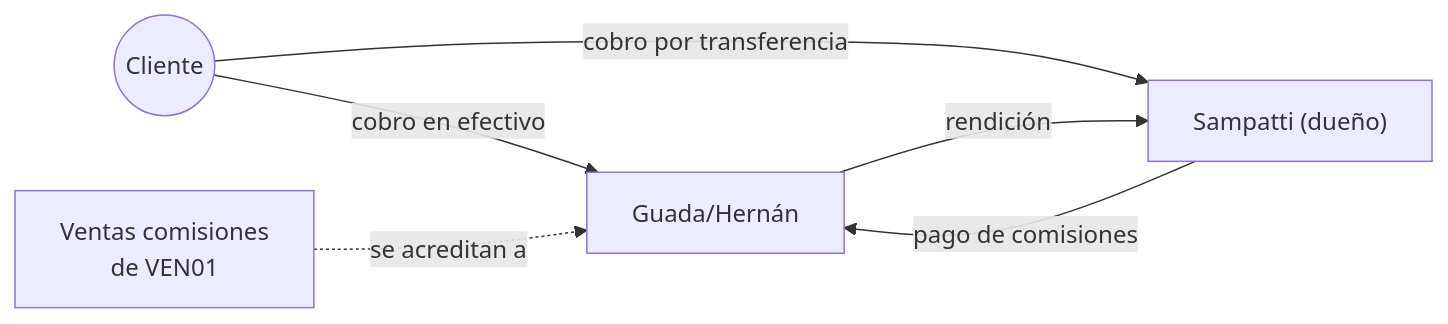
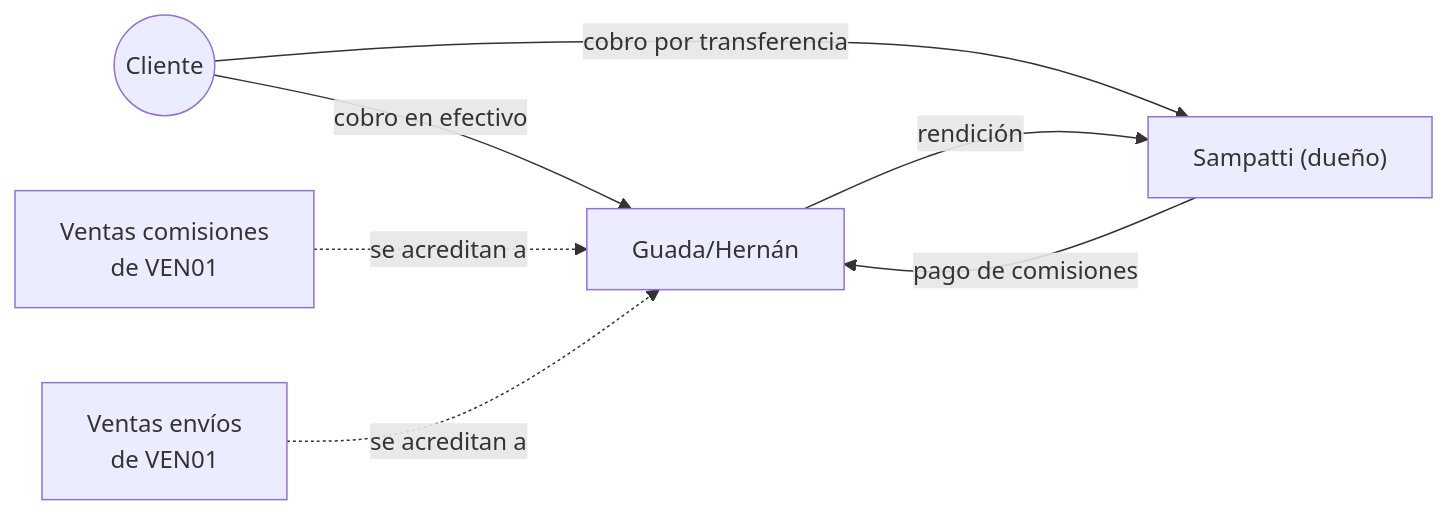
Before and after one commit to magalipujol/ERPeq: diagram 12 of 12 in spec/modelo-de-datos.md, drawn with Mermaid. The commit also changed other lines of this file and 25 other files, not shown here.

````diff
--- a/spec/modelo-de-datos.md
+++ b/spec/modelo-de-datos.md
@@ -719,8 +793,9 @@
 ```mermaid
 flowchart LR
     CL((Cliente)) -- "cobro en efectivo" --> GH["Guada/Hernán"]
     CL -- "cobro por transferencia" --> SA["Sampatti (dueño)"]
     GH -- "rendición" --> SA
     SA -- "pago de comisiones" --> GH
     VC["Ventas comisiones<br/>de VEN01"] -. "se acreditan a" .-> GH
+    VE["Ventas envíos<br/>de VEN01"] -. "se acreditan a" .-> GH
 ```
````
